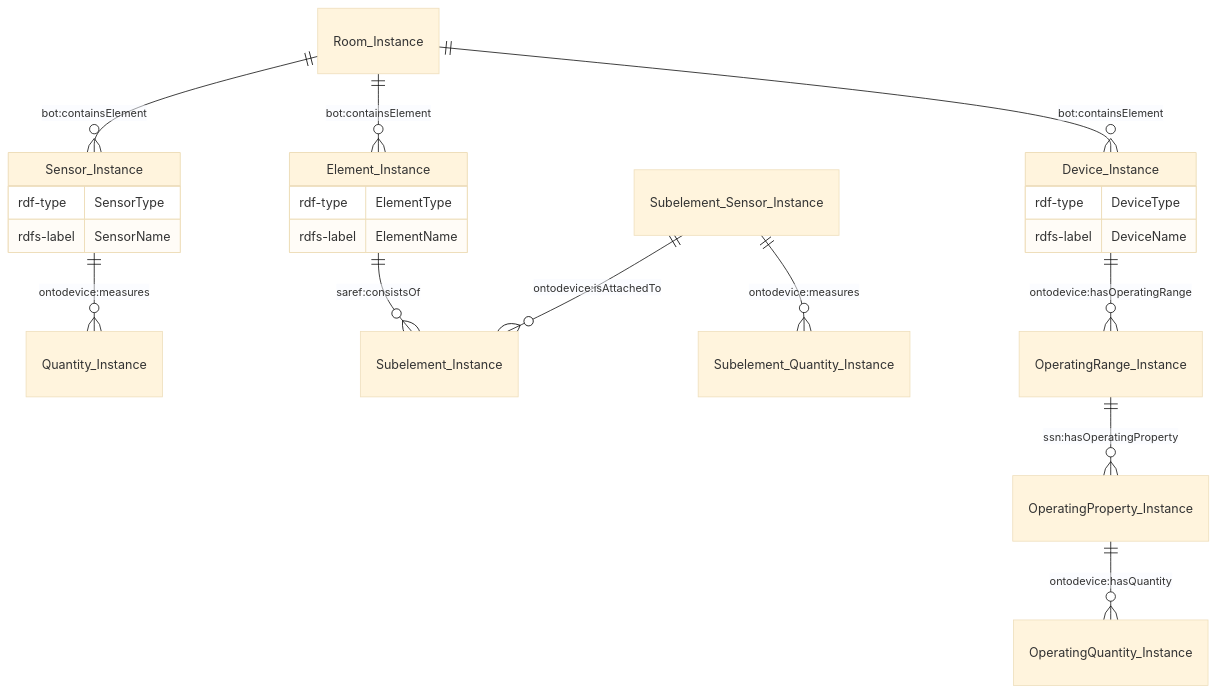
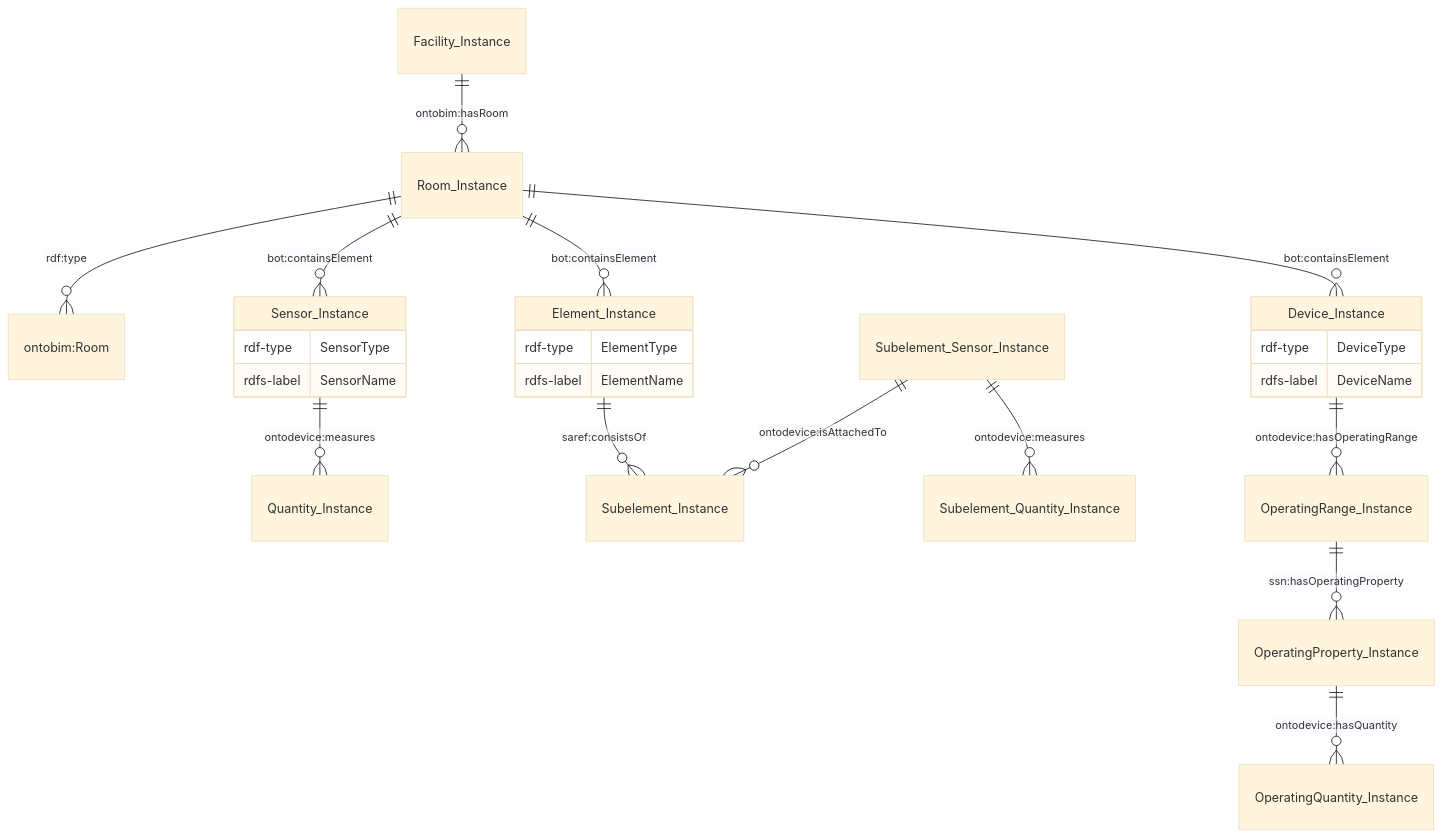
One commit to cambridge-cares/TheWorldAvatar changed the third of 6 diagrams in Agents/DashboardAgent/README.md. Above: the diagram before and after it, drawn with Mermaid (base theme). The commit also changed other lines of this file and 3 other files, not shown here.

Commit message:
dev-dashboard-agent: Refactor stringbuilder append to string concatenation for readability in sparql queries. Updated base facility query so that the hasRoom relationship is not mandatory for systems only

````diff
--- a/Agents/DashboardAgent/README.md
+++ b/Agents/DashboardAgent/README.md
@@ -142,27 +140,29 @@
 ```mermaid
     erDiagram 
+    "Facility_Instance" ||--o{ "Room_Instance" : "ontobim:hasRoom"
+    "Room_Instance" ||--o{ "ontobim:Room" : "rdf:type"
     "Room_Instance" ||--o{ "Sensor_Instance" : "bot:containsElement"
     "Sensor_Instance" ||--o{ "Quantity_Instance" : "ontodevice:measures"
     "Sensor_Instance" {
       rdf-type SensorType
       rdfs-label SensorName
     }
     
     "Room_Instance" ||--o{ "Element_Instance" : "bot:containsElement"
     "Element_Instance" ||--o{ "Subelement_Instance" : "saref:consistsOf"
     "Subelement_Sensor_Instance" ||--o{ "Subelement_Instance" : "ontodevice:isAttachedTo"
     "Subelement_Sensor_Instance" ||--o{ "Subelement_Quantity_Instance" : "ontodevice:measures"
     "Element_Instance" {
       rdf-type ElementType
       rdfs-label ElementName
       }
 
     "Room_Instance" ||--o{ "Device_Instance" : "bot:containsElement"
     "Device_Instance" ||--o{ "OperatingRange_Instance" : "ontodevice:hasOperatingRange"
     "OperatingRange_Instance" ||--o{ "OperatingProperty_Instance" : "ssn:hasOperatingProperty"
     "OperatingProperty_Instance" ||--o{ "OperatingQuantity_Instance" : "ontodevice:hasQuantity"
     "Device_Instance" {
       rdf-type DeviceType
       rdfs-label DeviceName
       }
 ```
````
